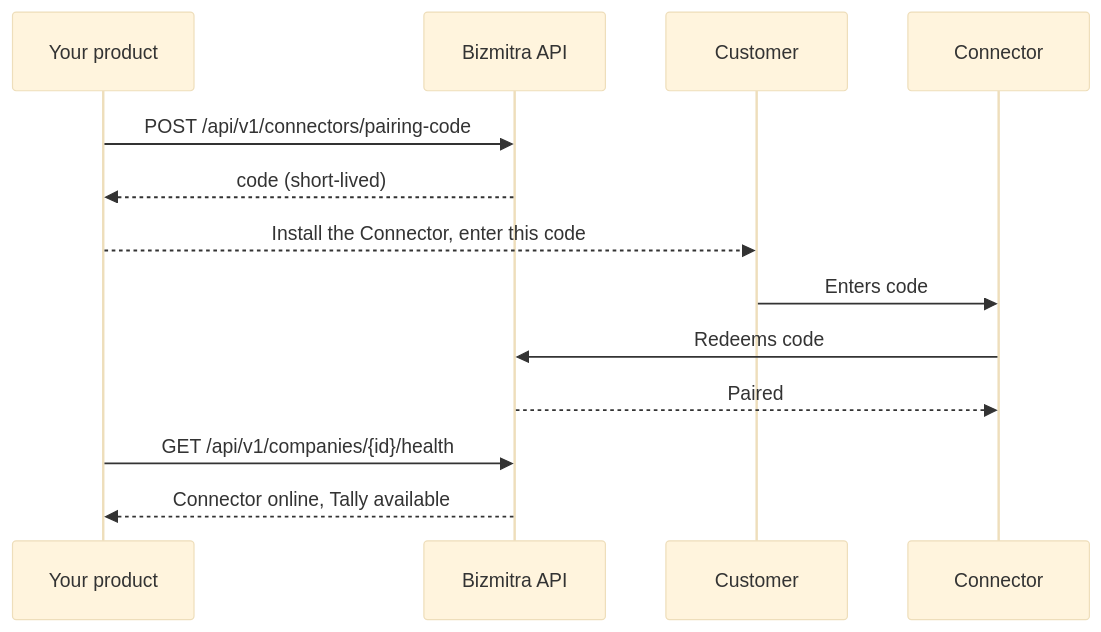
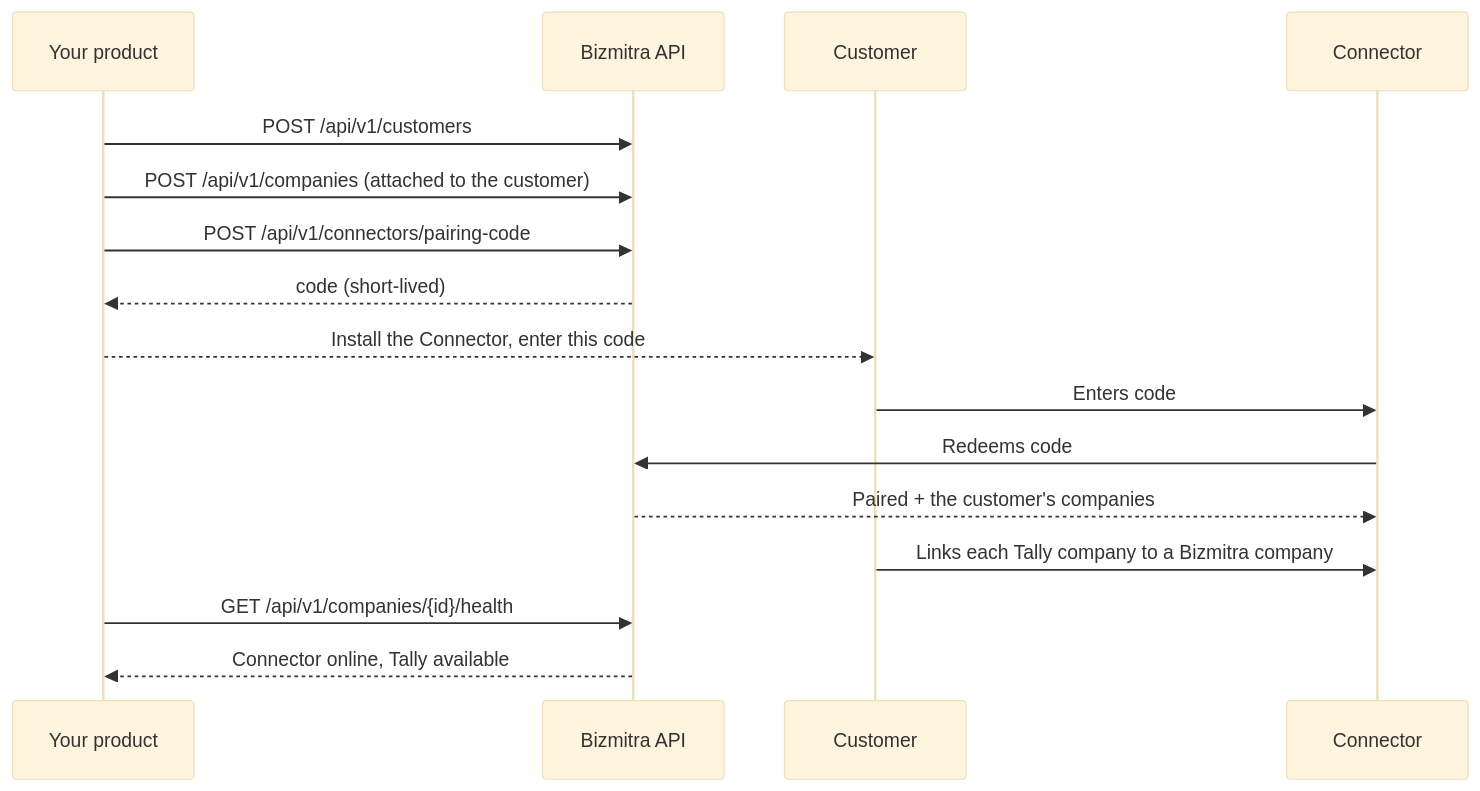
Before and after one commit to BizmitraERP/bizmitra-docs: the diagram in docs/developer/tally/pairing.md, drawn with Mermaid (base theme). The commit also changed other lines of this file and 9 other files, not shown here.

````diff
--- a/docs/developer/tally/pairing.md
+++ b/docs/developer/tally/pairing.md
@@ -13,16 +23,19 @@
 ```mermaid
 sequenceDiagram
     participant Y as Your product
     participant B as Bizmitra API
     participant U as Customer
     participant C as Connector
 
+    Y->>B: POST /api/v1/customers
+    Y->>B: POST /api/v1/companies (attached to the customer)
     Y->>B: POST /api/v1/connectors/pairing-code
     B-->>Y: code (short-lived)
     Y-->>U: Install the Connector, enter this code
     U->>C: Enters code
     C->>B: Redeems code
-    B-->>C: Paired
+    B-->>C: Paired + the customer's companies
+    U->>C: Links each Tally company to a Bizmitra company
     Y->>B: GET /api/v1/companies/{id}/health
     B-->>Y: Connector online, Tally available
 ```
````
